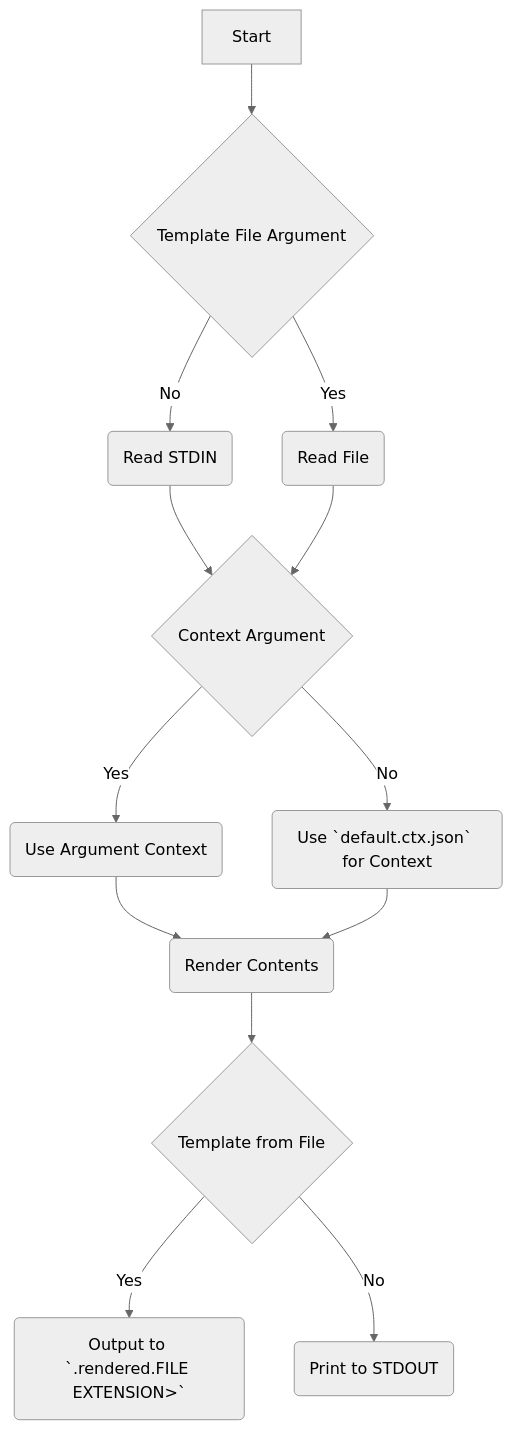
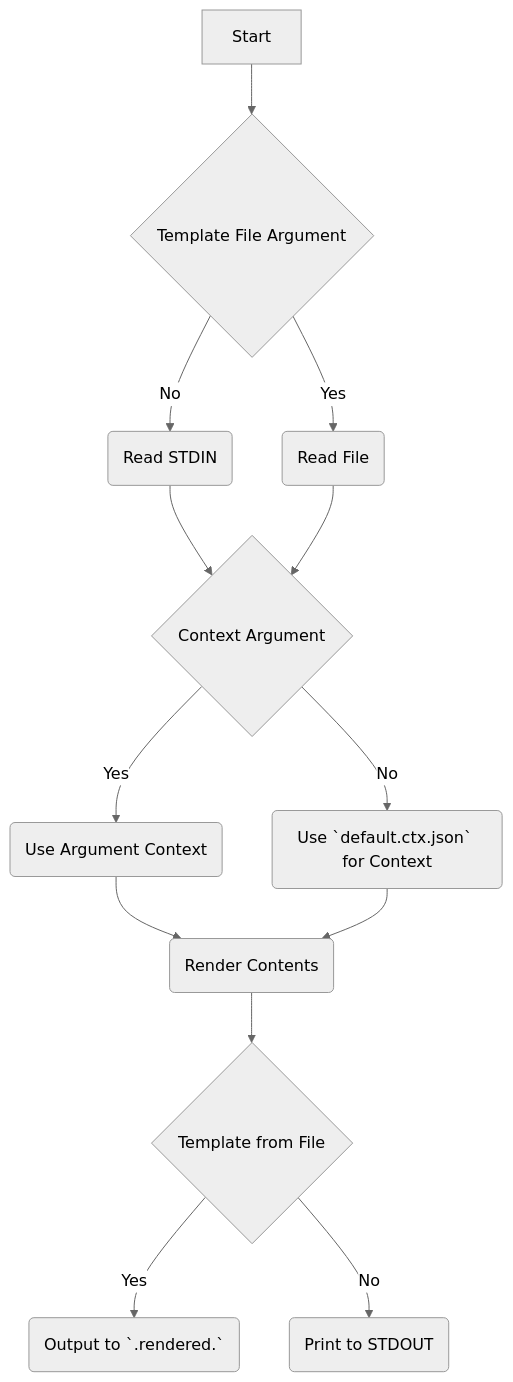
The diagram in rfcs/00-cli.md (DK26/rendit), drawn with Mermaid (neutral theme) before and after one commit.

Commit message:
Updated CLI RFC Flowchart

````diff
--- a/rfcs/00-cli.md
+++ b/rfcs/00-cli.md
@@ -11,19 +11,19 @@
 ```mermaid
 graph TD;
     Z[Start]-->A;
     A{Template File Argument};
     A--> |Yes| B(Read File);
     A--> |No| F(Read STDIN);
     F-->C;
     B-->C;
     C{Context Argument};
     C--> |Yes| E(Use Argument Context);
     C--> |No| D(Use `default.ctx.json` for Context);
     E-->G;
     D-->G;
     G(Render Contents);
     G-->H;
     H{Template from File};
-    H-->|Yes|J(Output to `.rendered.FILE EXTENSION>`);
+    H-->|Yes|J(Output to `<FILE NAME>.rendered.<FILE EXTENSION>`);
     H-->|No|K(Print to STDOUT);
 ```  
````
